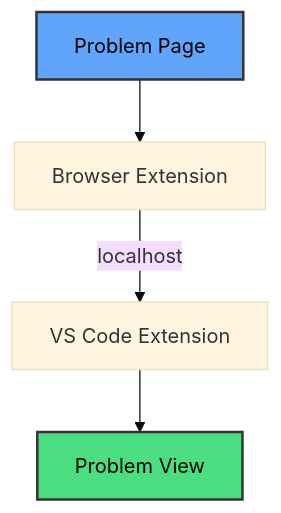
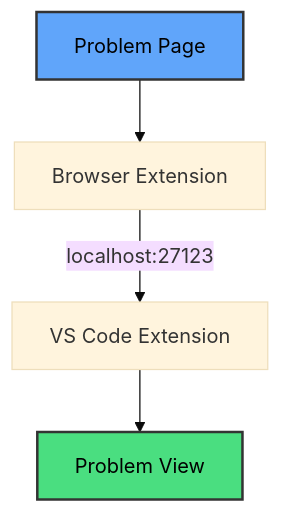
One commit to KartevSumit/AlgoBridge changed the first of 3 diagrams in README.md. Above: the diagram before and after it, drawn with Mermaid (base theme). The commit also changed other lines of this file and 13 other files, not shown here.

````diff
--- a/README.md
+++ b/README.md
@@ -32,9 +23,9 @@
 ```mermaid
 graph TB
     A[Problem Page] --> B[Browser Extension]
-    B -->|localhost| C[VS Code Extension]
+    B -->|localhost:27123| C[VS Code Extension]
     C --> D[Problem View]
-    
+
     style A fill:#60a5fa,stroke:#333,stroke-width:2px,color:#000
     style D fill:#4ade80,stroke:#333,stroke-width:2px,color:#000
 ```
````
